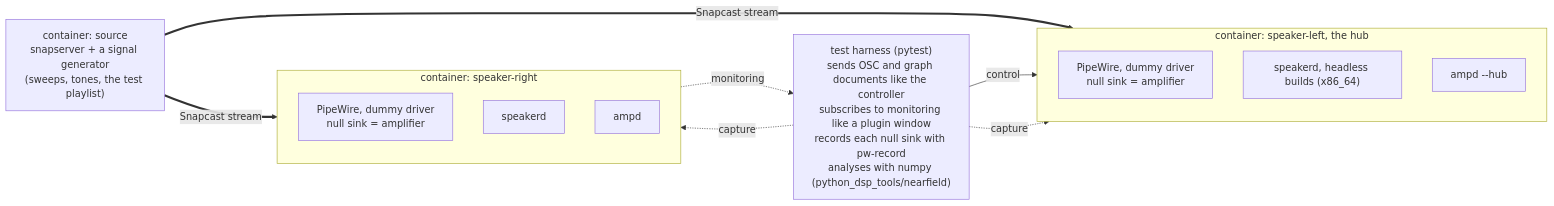
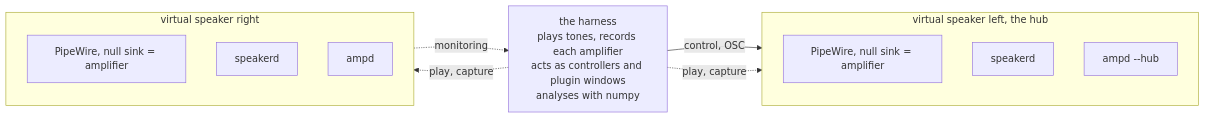
The second of 6 diagrams in docs/autonomous-development.md (AMuszkat/bpi_amp_platform), drawn with Mermaid before and after one commit. The commit also changed other lines of this file and 28 other files, not shown here.

````diff
--- a/docs/autonomous-development.md
+++ b/docs/autonomous-development.md
@@ -37,23 +34,20 @@
 ```mermaid
 flowchart LR
-    srv["container: source<br/>snapserver + a signal generator<br/>(sweeps, tones, the test playlist)"]
-    subgraph L["container: speaker-left, the hub"]
+    subgraph L["virtual speaker left, the hub"]
         direction TB
-        pwL["PipeWire, dummy driver<br/>null sink = amplifier"]
-        sdL["speakerd, headless builds (x86_64)"]
+        pwL["PipeWire, null sink = amplifier"]
+        sdL["speakerd"]
         amL["ampd --hub"]
     end
-    subgraph R["container: speaker-right"]
+    subgraph R["virtual speaker right"]
         direction TB
-        pwR["PipeWire, dummy driver<br/>null sink = amplifier"]
+        pwR["PipeWire, null sink = amplifier"]
         sdR["speakerd"]
         amR["ampd"]
     end
-    harness["test harness (pytest)<br/>sends OSC and graph documents like the controller<br/>subscribes to monitoring like a plugin window<br/>records each null sink with pw-record<br/>analyses with numpy (python_dsp_tools/nearfield)"]
-    srv == "Snapcast stream" ==> pwL
-    srv == "Snapcast stream" ==> pwR
-    harness -- "control" --> amL
+    harness["the harness<br/>plays tones, records each amplifier<br/>acts as controllers and plugin windows<br/>analyses with numpy"]
+    harness -- "control, OSC" --> amL
     amR -. "monitoring" .-> harness
-    harness -. "capture" .-> pwL
-    harness -. "capture" .-> pwR
+    harness -. "play, capture" .-> pwL
+    harness -. "play, capture" .-> pwR
 ```
````
